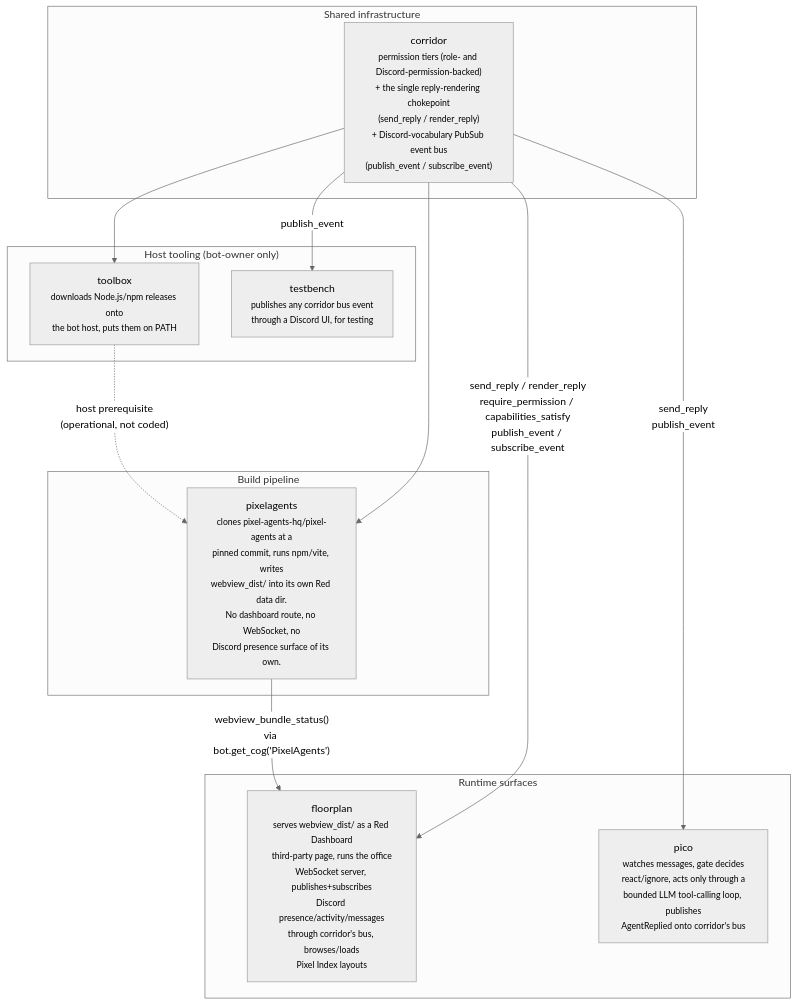
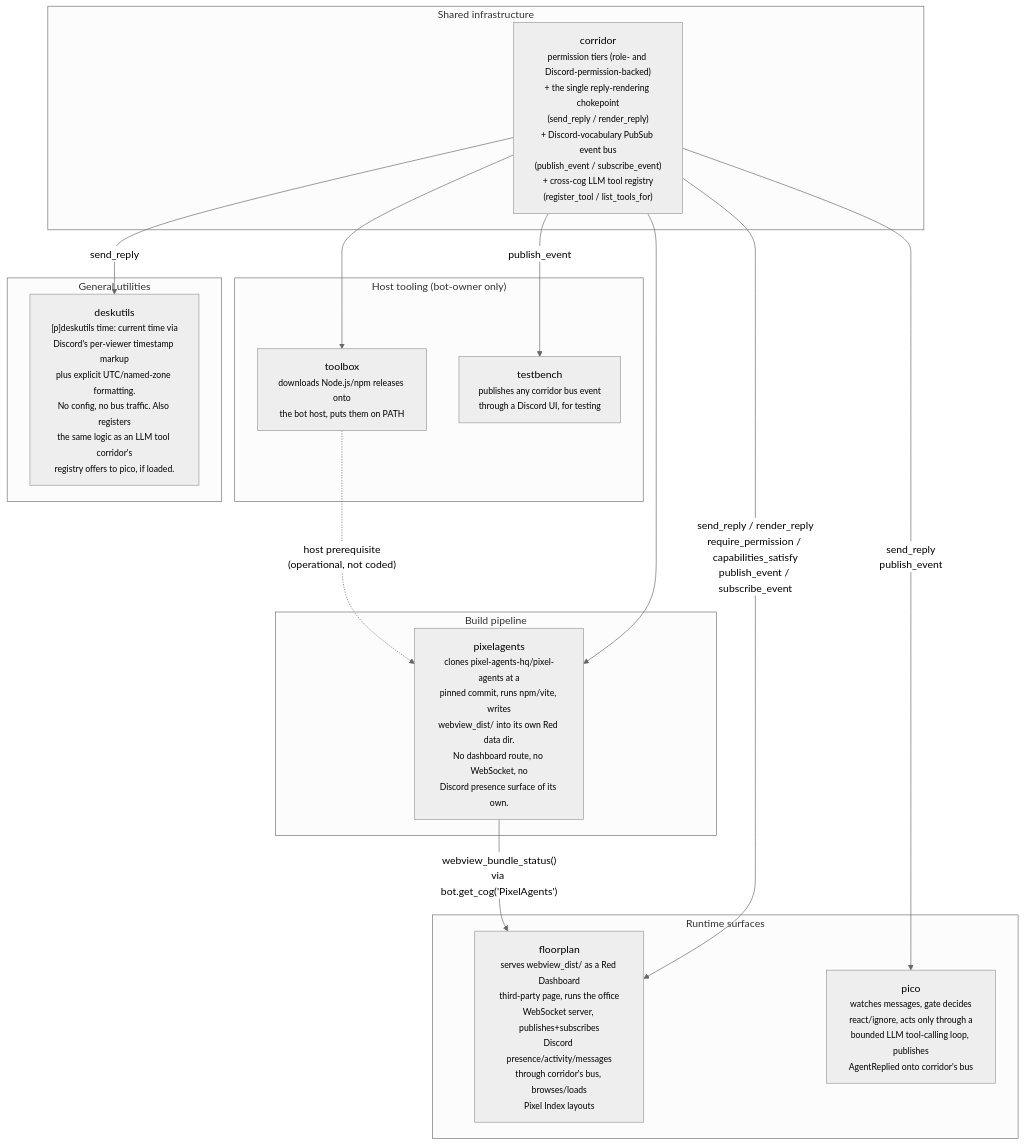
The second of 7 diagrams in docs/architecture.md (pixel-agents-hq/pixel-agents-cogs), drawn with Mermaid (neutral theme) before and after one commit. The commit also changed other lines of this file and 51 other files, not shown here.

First line of the commit message:
feat(deskutils,corridor,pico): add deskutils time cog + cross-cog LLM tool registry (#46)

````diff
--- a/docs/architecture.md
+++ b/docs/architecture.md
@@ -75,28 +79,33 @@
 ```mermaid
 flowchart TB
     subgraph shared["Shared infrastructure"]
-        corridor["corridor<br/><small>permission tiers (role- and Discord-permission-backed)<br/>+ the single reply-rendering chokepoint<br/>(send_reply / render_reply)<br/>+ Discord-vocabulary PubSub event bus<br/>(publish_event / subscribe_event)</small>"]
+        corridor["corridor<br/><small>permission tiers (role- and Discord-permission-backed)<br/>+ the single reply-rendering chokepoint<br/>(send_reply / render_reply)<br/>+ Discord-vocabulary PubSub event bus<br/>(publish_event / subscribe_event)<br/>+ cross-cog LLM tool registry<br/>(register_tool / list_tools_for)</small>"]
     end
 
     subgraph host["Host tooling (bot-owner only)"]
         toolbox["toolbox<br/><small>downloads Node.js/npm releases onto<br/>the bot host, puts them on PATH</small>"]
         testbench["testbench<br/><small>publishes any corridor bus event<br/>through a Discord UI, for testing</small>"]
     end
 
     subgraph build["Build pipeline"]
         pixelagents["pixelagents<br/><small>clones pixel-agents-hq/pixel-agents at a<br/>pinned commit, runs npm/vite, writes<br/>webview_dist/ into its own Red data dir.<br/>No dashboard route, no WebSocket, no<br/>Discord presence surface of its own.</small>"]
     end
 
     subgraph serve["Runtime surfaces"]
         floorplan["floorplan<br/><small>serves webview_dist/ as a Red Dashboard<br/>third-party page, runs the office<br/>WebSocket server, publishes+subscribes<br/>Discord presence/activity/messages<br/>through corridor's bus, browses/loads<br/>Pixel Index layouts</small>"]
         pico["pico<br/><small>watches messages, gate decides<br/>react/ignore, acts only through a<br/>bounded LLM tool-calling loop, publishes<br/>AgentReplied onto corridor's bus</small>"]
     end
 
+    subgraph utility["General utilities"]
+        deskutils["deskutils<br/><small>[p]deskutils time: current time via<br/>Discord's per-viewer timestamp markup<br/>plus explicit UTC/named-zone formatting.<br/>No config, no bus traffic. Also registers<br/>the same logic as an LLM tool corridor's<br/>registry offers to pico, if loaded.</small>"]
+    end
+
     toolbox -.->|"host prerequisite<br/>(operational, not coded)"| pixelagents
     pixelagents -->|"webview_bundle_status()<br/>via bot.get_cog('PixelAgents')"| floorplan
     corridor -->|"send_reply / render_reply<br/>require_permission / capabilities_satisfy<br/>publish_event / subscribe_event"| floorplan
     corridor -->|"send_reply<br/>publish_event"| pico
     corridor --> pixelagents
     corridor --> toolbox
     corridor -->|publish_event| testbench
+    corridor -->|send_reply| deskutils
 ```
````
